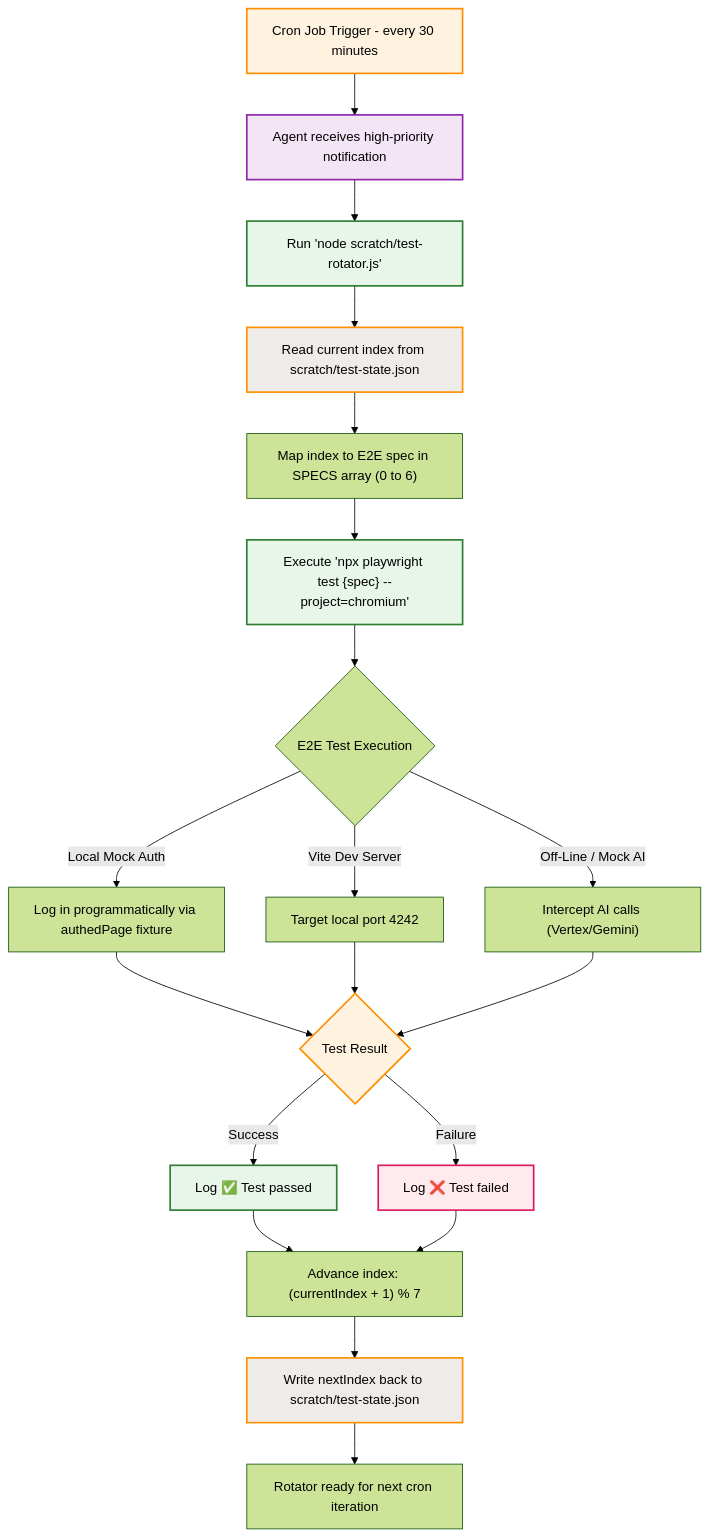
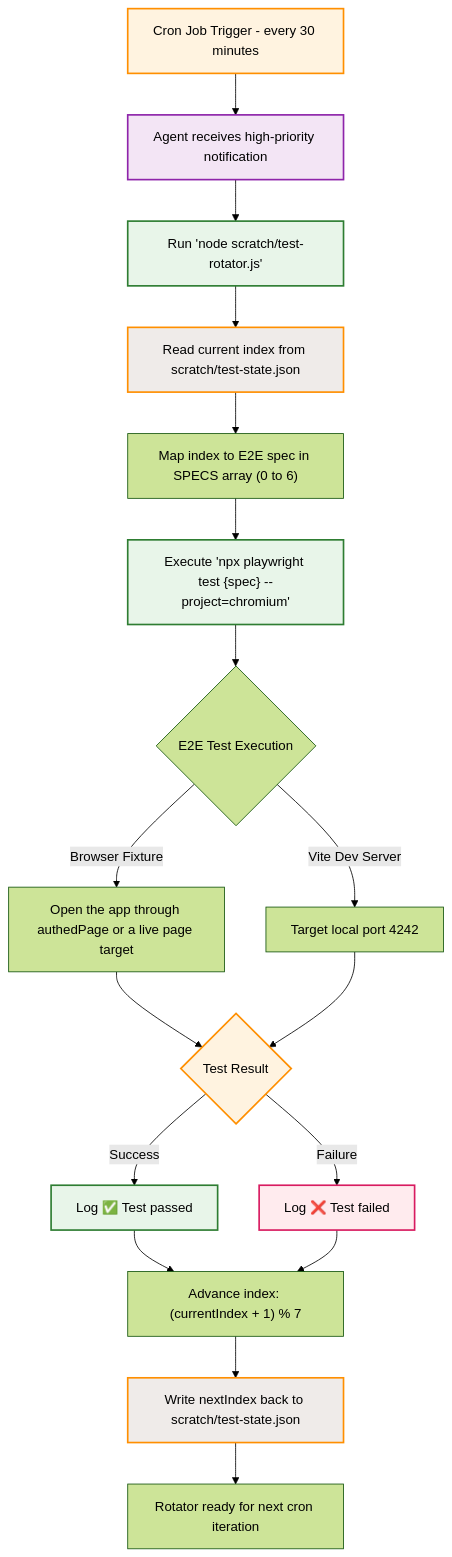
The diagram in docs/flowcharts/pinocchio-media-test-rotator-micro.md (indii-music-founder/indii-music-founder), drawn with Mermaid (forest theme) before and after one commit. The commit also changed other lines of this file and 18 other files, not shown here.

````diff
--- a/docs/flowcharts/pinocchio-media-test-rotator-micro.md
+++ b/docs/flowcharts/pinocchio-media-test-rotator-micro.md
@@ -5,38 +5,36 @@
 ```mermaid
 graph TD
     CronTrigger["Cron Job Trigger - every 30 minutes"] --> PromptAgent["Agent receives high-priority notification"]
     PromptAgent --> ExecRotator["Run 'node scratch/test-rotator.js'"]
     
     ExecRotator --> ReadState["Read current index from scratch/test-state.json"]
     ReadState --> MapSpec["Map index to E2E spec in SPECS array (0 to 6)"]
     
     MapSpec --> RunPlaywright["Execute 'npx playwright test {spec} --project=chromium'"]
     
     RunPlaywright --> TestExecution{"E2E Test Execution"}
-    TestExecution -->|"Local Mock Auth"| AuthPage["Log in programmatically via authedPage fixture"]
+    TestExecution -->|"Browser Fixture"| BrowserPage["Open the app through authedPage or a live page target"]
     TestExecution -->|"Vite Dev Server"| DevServer["Target local port 4242"]
-    TestExecution -->|"Off-Line / Mock AI"| MockAI["Intercept AI calls (Vertex/Gemini)"]
-    
-    AuthPage --> TestResult{"Test Result"}
+
+    BrowserPage --> TestResult{"Test Result"}
     DevServer --> TestResult
-    MockAI --> TestResult
     
     TestResult -->|"Success"| LogPass["Log ✅ Test passed"]
     TestResult -->|"Failure"| LogFail["Log ❌ Test failed"]
     
     LogPass --> AdvanceState["Advance index: (currentIndex + 1) % 7"]
     LogFail --> AdvanceState
     
     AdvanceState --> WriteState["Write nextIndex back to scratch/test-state.json"]
     WriteState --> ReadyNext["Rotator ready for next cron iteration"]
 
     style CronTrigger fill:#fff3e0,stroke:#ff8f00,stroke-width:2px
     style PromptAgent fill:#f3e5f5,stroke:#8e24aa,stroke-width:2px
     style ExecRotator fill:#e8f5e9,stroke:#2e7d32,stroke-width:2px
     style ReadState fill:#efebe9,stroke:#ff8f00,stroke-width:2px
     style RunPlaywright fill:#e8f5e9,stroke:#2e7d32,stroke-width:2px
     style TestResult fill:#fff3e0,stroke:#ff8f00,stroke-width:2px
     style LogPass fill:#e8f5e9,stroke:#2e7d32,stroke-width:2px
     style LogFail fill:#ffebee,stroke:#d81b60,stroke-width:2px
     style WriteState fill:#efebe9,stroke:#ff8f00,stroke-width:2px
 ```
````
